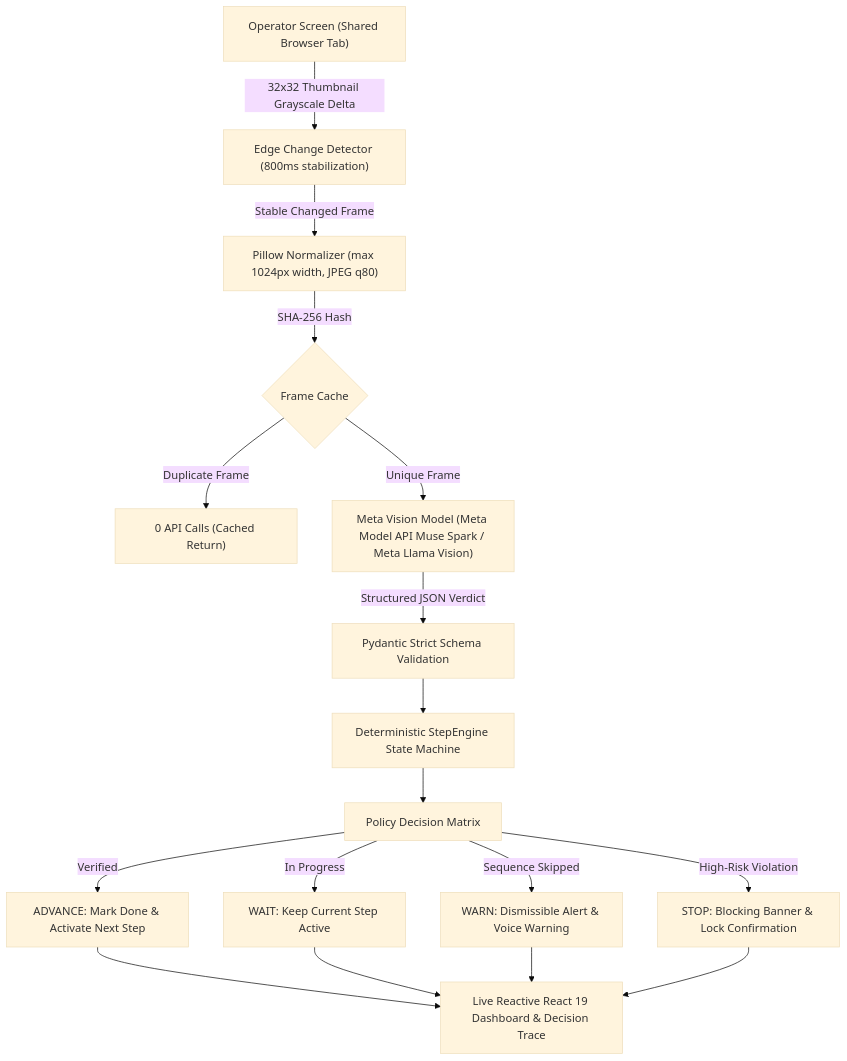
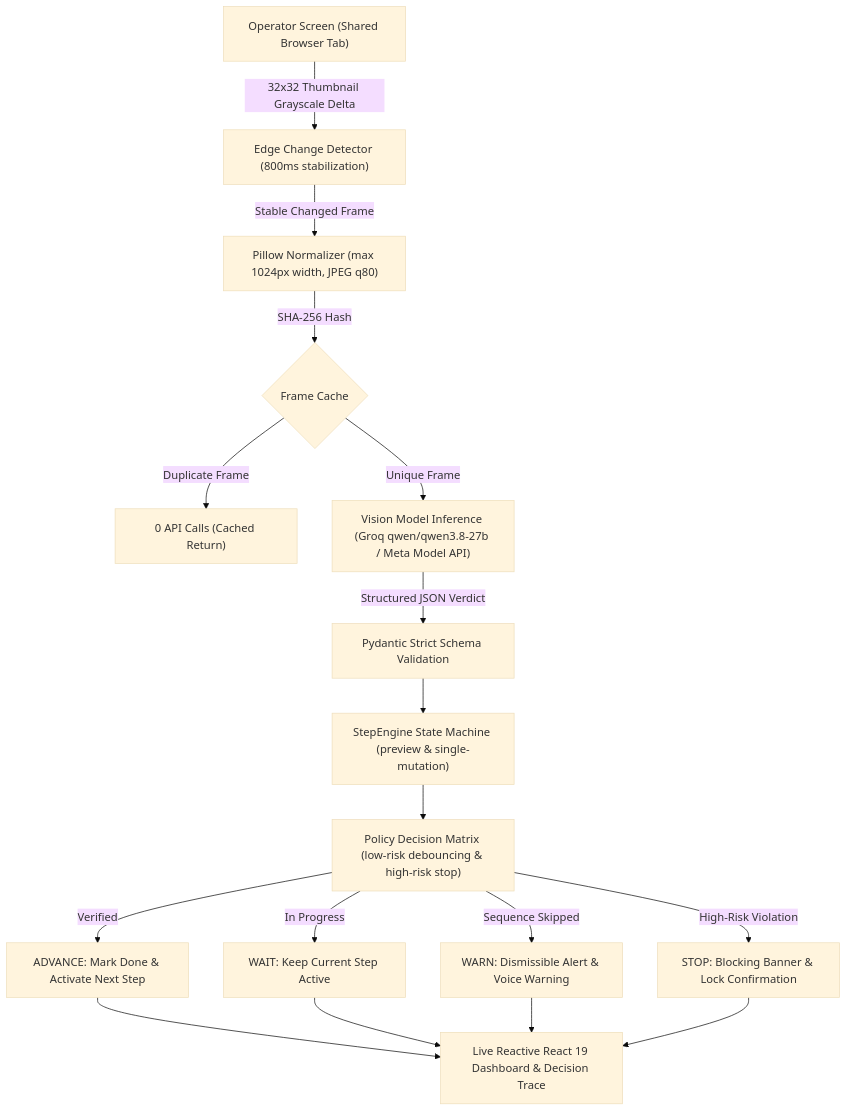
Before and after one commit to tejaspatel2255/ScreenGuard-Meta-AI-Hackathon: the diagram in README.md, drawn with Mermaid (base theme). The commit also changed other lines of this file and 14 other files, not shown here.

````diff
--- a/README.md
+++ b/README.md
@@ -68,19 +68,19 @@
 ```mermaid
 flowchart TD
     A["Operator Screen (Shared Browser Tab)"] -->|"32x32 Thumbnail Grayscale Delta"| B["Edge Change Detector (800ms stabilization)"]
     B -->|"Stable Changed Frame"| C["Pillow Normalizer (max 1024px width, JPEG q80)"]
     C -->|"SHA-256 Hash"| D{"Frame Cache"}
     D -->|"Duplicate Frame"| E["0 API Calls (Cached Return)"]
-    D -->|"Unique Frame"| F["Meta Vision Model (Meta Model API Muse Spark / Meta Llama Vision)"]
+    D -->|"Unique Frame"| F["Vision Model Inference (Groq qwen/qwen3.8-27b / Meta Model API)"]
     F -->|"Structured JSON Verdict"| G["Pydantic Strict Schema Validation"]
-    G --> H["Deterministic StepEngine State Machine"]
-    H --> I["Policy Decision Matrix"]
+    G --> H["StepEngine State Machine (preview & single-mutation)"]
+    H --> I["Policy Decision Matrix (low-risk debouncing & high-risk stop)"]
     I -->|"Verified"| J["ADVANCE: Mark Done & Activate Next Step"]
     I -->|"In Progress"| K["WAIT: Keep Current Step Active"]
     I -->|"Sequence Skipped"| L["WARN: Dismissible Alert & Voice Warning"]
     I -->|"High-Risk Violation"| M["STOP: Blocking Banner & Lock Confirmation"]
     J --> N["Live Reactive React 19 Dashboard & Decision Trace"]
     K --> N
     L --> N
     M --> N
 ```
````
